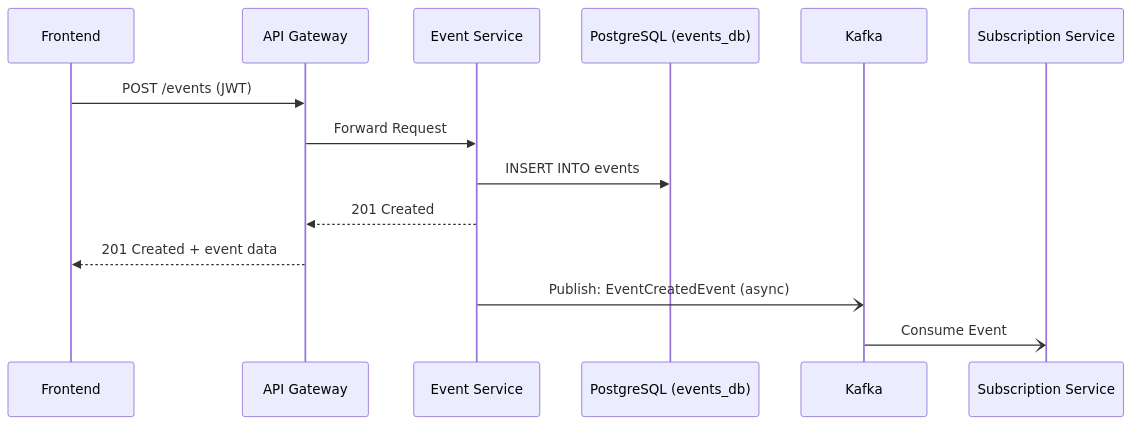
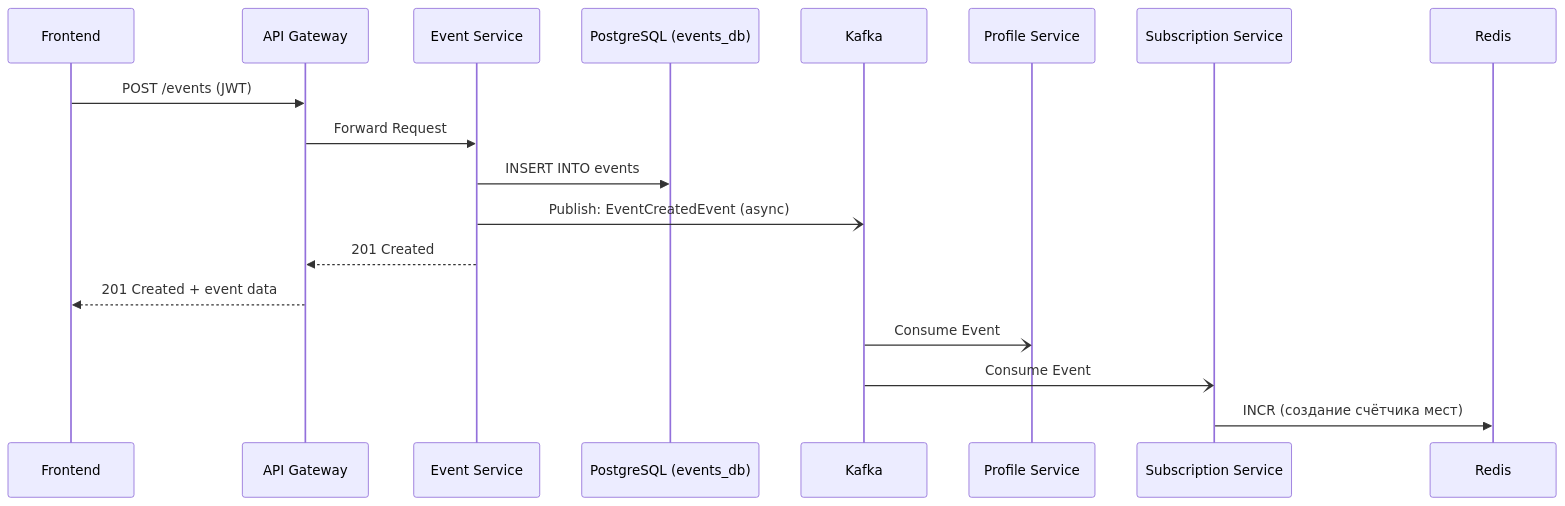
Before and after one commit to NewRecon/sport-point-api: the third of 6 diagrams in README.md, drawn with Mermaid. The commit also changed other lines of this file and 25 other files, not shown here.

````diff
--- a/README.md
+++ b/README.md
@@ -180,17 +181,21 @@
 ```mermaid
 sequenceDiagram
     participant C as Frontend
     participant GW as API Gateway
     participant ES as Event Service
     participant DB as PostgreSQL (events_db)
     participant K as Kafka
+    participant PS as Profile Service
     participant SS as Subscription Service
+    participant R as Redis
 
     C->>GW: POST /events (JWT)
     GW->>ES: Forward Request
     ES->>DB: INSERT INTO events
+    ES-)K: Publish: EventCreatedEvent (async)
     ES-->>GW: 201 Created
     GW-->>C: 201 Created + event data
-    ES-)K: Publish: EventCreatedEvent (async)
+    K-)PS: Consume Event
     K-)SS: Consume Event
+    SS->>R: INCR (создание счётчика мест)
 ```
````
